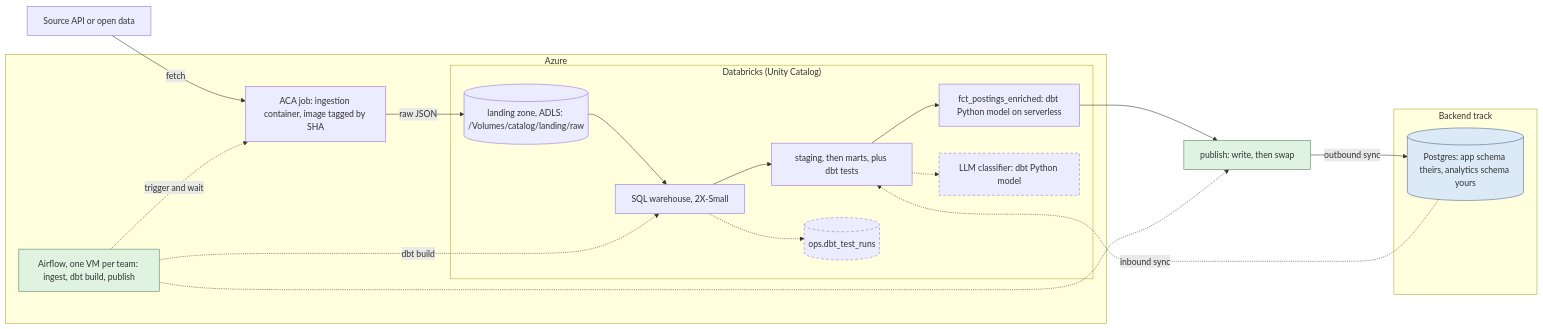
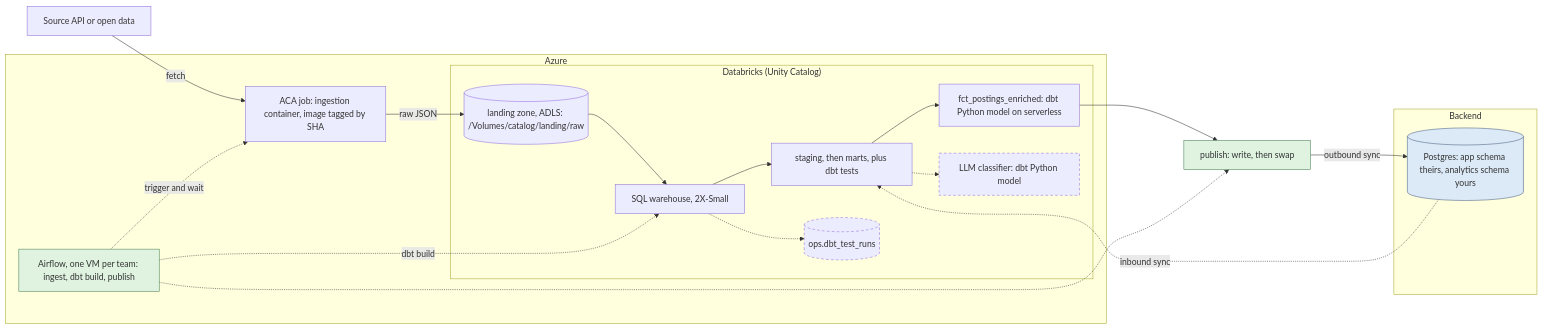
Before and after one commit to HackYourFuture/final-project-template: the first of 2 diagrams in data/README.md, drawn with Mermaid. The commit also changed 1 other file, not shown here.

Commit message:
docs: name the lanes Data, Backend, Frontend

````diff
--- a/data/README.md
+++ b/data/README.md
@@ -15,44 +15,44 @@
 ```mermaid
 flowchart LR
     SRC["Source API or open data"]
 
     subgraph az["Azure"]
         ING["ACA job: ingestion container, image tagged by SHA"]
 
         subgraph dbx["Databricks (Unity Catalog)"]
             LAND[("landing zone, ADLS: /Volumes/catalog/landing/raw")]
             WH["SQL warehouse, 2X-Small"]
             MODELS["staging, then marts, plus dbt tests"]
             ENRM["fct_postings_enriched: dbt Python model on serverless"]
             PYM["LLM classifier: dbt Python model"]
             OPSTBL[("ops.dbt_test_runs")]
         end
 
         AF["Airflow, one VM per team: ingest, dbt build, publish"]
     end
 
-    subgraph be["Backend track"]
+    subgraph be["Backend"]
         PG[("Postgres: app schema theirs, analytics schema yours")]
     end
 
     SRC -->|"fetch"| ING
     ING -->|"raw JSON"| LAND
     LAND --> WH --> MODELS
     MODELS --> ENRM
     MODELS -.-> PYM
     WH -.-> OPSTBL
     ENRM --> PUB["publish: write, then swap"]
     PUB -->|"outbound sync"| PG
     PG -.->|"inbound sync"| MODELS
 
     AF -.->|"trigger and wait"| ING
     AF -.->|"dbt build"| WH
     AF -.-> PUB
 
     classDef opt stroke-dasharray:5 4
     classDef orch fill:#dff3e0,stroke:#4a8055
     classDef store fill:#dceaf7,stroke:#4a6080
     class PYM,OPSTBL opt
     class AF,PUB orch
     class PG store
 ```
````
